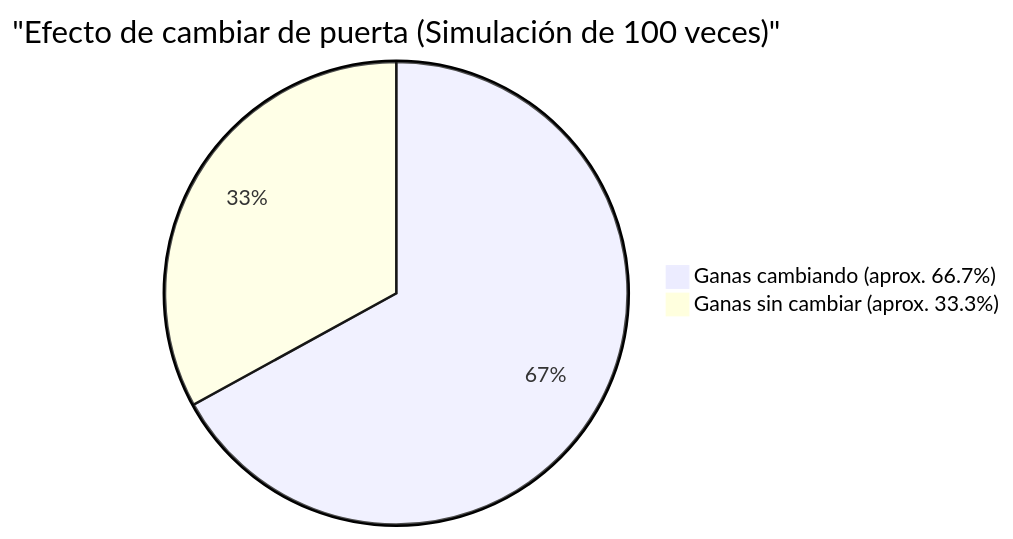
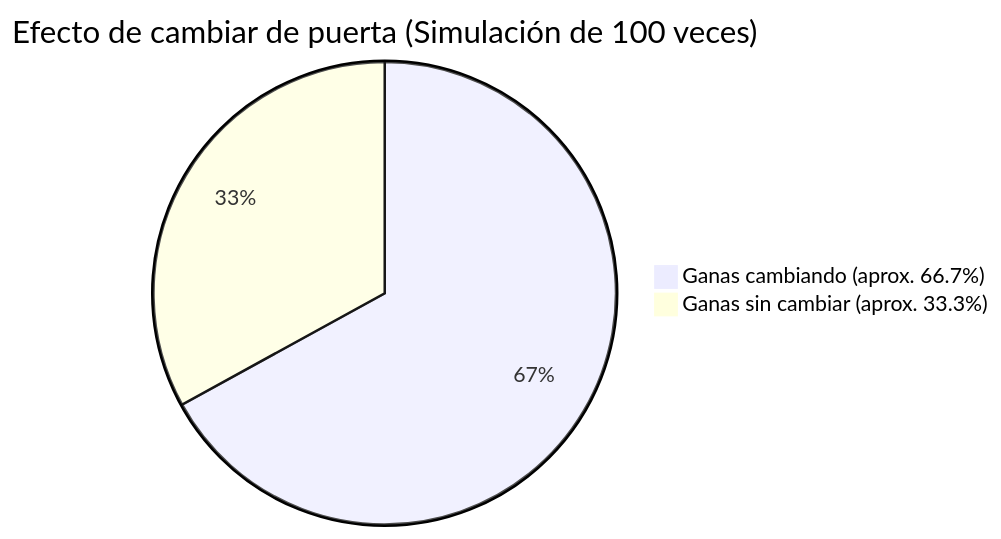
One commit to kenjinote/blog changed the second of 2 diagrams in content/post/モンティ・ホール問題/index.es.md. Above: the diagram before and after it, drawn with Mermaid. The commit also changed other lines of this file and 703 other files, not shown here.

Commit message:
Fix: Remove quotes from Mermaid link texts and timeline definitions to support Mermaid 11.4.1

````diff
--- a/content/post/モンティ・ホール問題/index.es.md
+++ b/content/post/モンティ・ホール問題/index.es.md
@@ -162,5 +162,5 @@
 ```mermaid
-pie title "Efecto de cambiar de puerta (Simulación de 100 veces)"
+pie title Efecto de cambiar de puerta (Simulación de 100 veces)
     "Ganas cambiando (aprox. 66.7%)" : 67
     "Ganas sin cambiar (aprox. 33.3%)" : 33
 ```
````
